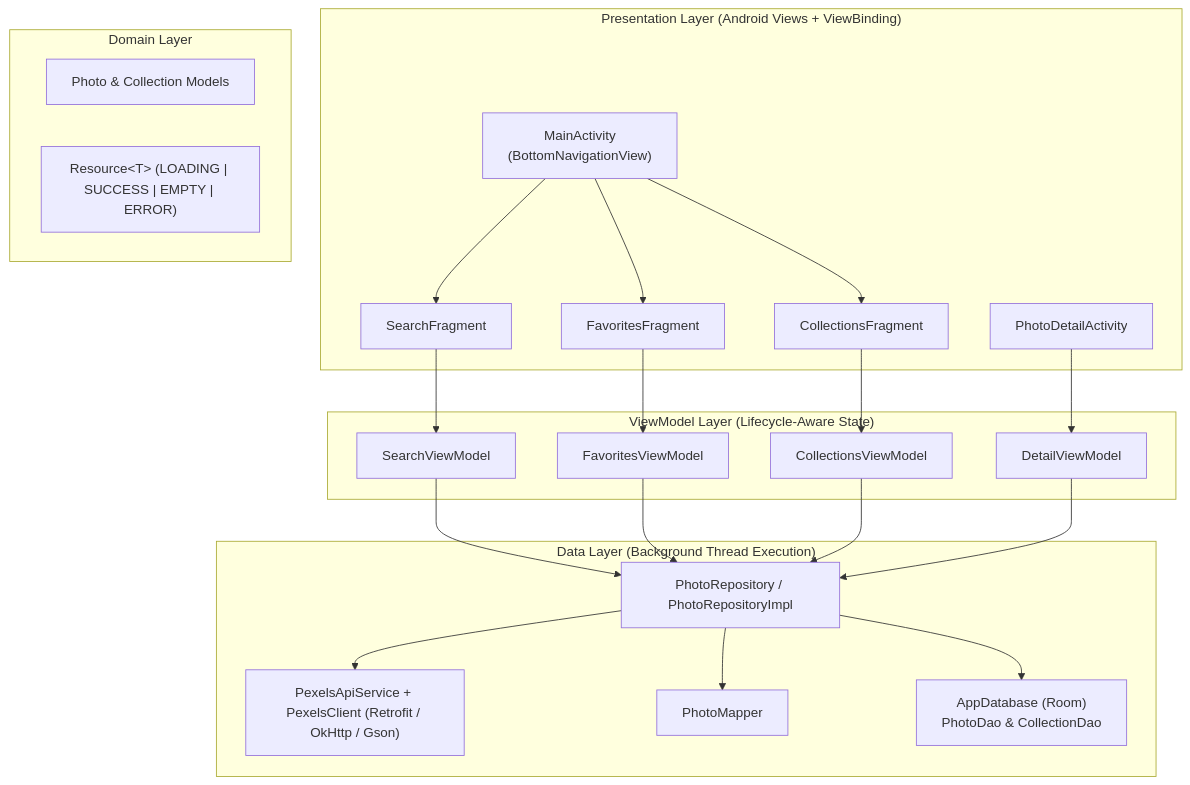
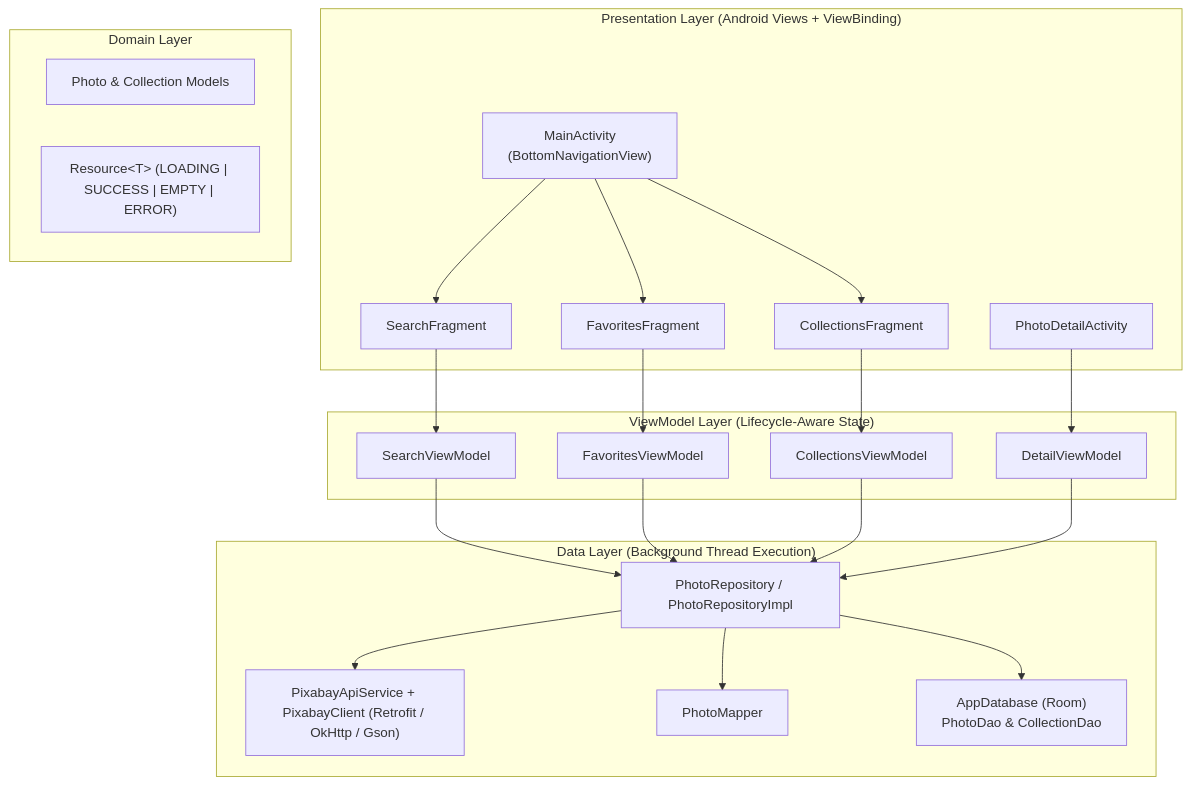
The diagram in docs/ARCHITECTURE.md (arcrek/FlickrImageBrowser), drawn with Mermaid before and after one commit. The commit also changed other lines of this file and 18 other files, not shown here.

First line of the commit message:
feat(remote): migrate remote photo search API from Pexels to Pixabay

````diff
--- a/docs/ARCHITECTURE.md
+++ b/docs/ARCHITECTURE.md
@@ -7,46 +7,46 @@
 ```mermaid
 flowchart TD
     subgraph UI["Presentation Layer (Android Views + ViewBinding)"]
         MA["MainActivity<br/>(BottomNavigationView)"]
         SF["SearchFragment"]
         FF["FavoritesFragment"]
         CF["CollectionsFragment"]
         PDA["PhotoDetailActivity"]
     end
 
     subgraph VM["ViewModel Layer (Lifecycle-Aware State)"]
         SVM["SearchViewModel"]
         FVM["FavoritesViewModel"]
         CVM["CollectionsViewModel"]
         DVM["DetailViewModel"]
     end
 
     subgraph Domain["Domain Layer"]
         PM["Photo &amp; Collection Models"]
         RES["Resource&lt;T&gt; (LOADING | SUCCESS | EMPTY | ERROR)"]
     end
 
     subgraph Data["Data Layer (Background Thread Execution)"]
         REPO["PhotoRepository / PhotoRepositoryImpl"]
-        API["PexelsApiService + PexelsClient (Retrofit / OkHttp / Gson)"]
+        API["PixabayApiService + PixabayClient (Retrofit / OkHttp / Gson)"]
         MAP["PhotoMapper"]
         DB["AppDatabase (Room)<br/>PhotoDao &amp; CollectionDao"]
     end
 
     MA --> SF
     MA --> FF
     MA --> CF
     SF --> SVM
     FF --> FVM
     CF --> CVM
     PDA --> DVM
 
     SVM --> REPO
     FVM --> REPO
     CVM --> REPO
     DVM --> REPO
 
     REPO --> API
     REPO --> MAP
     REPO --> DB
 ```
````
